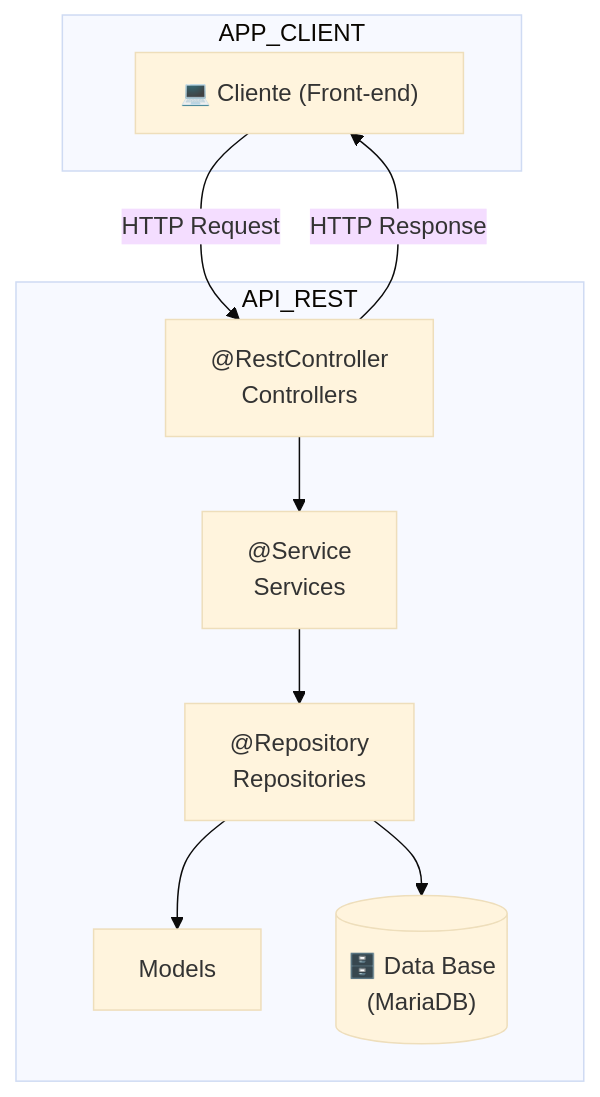
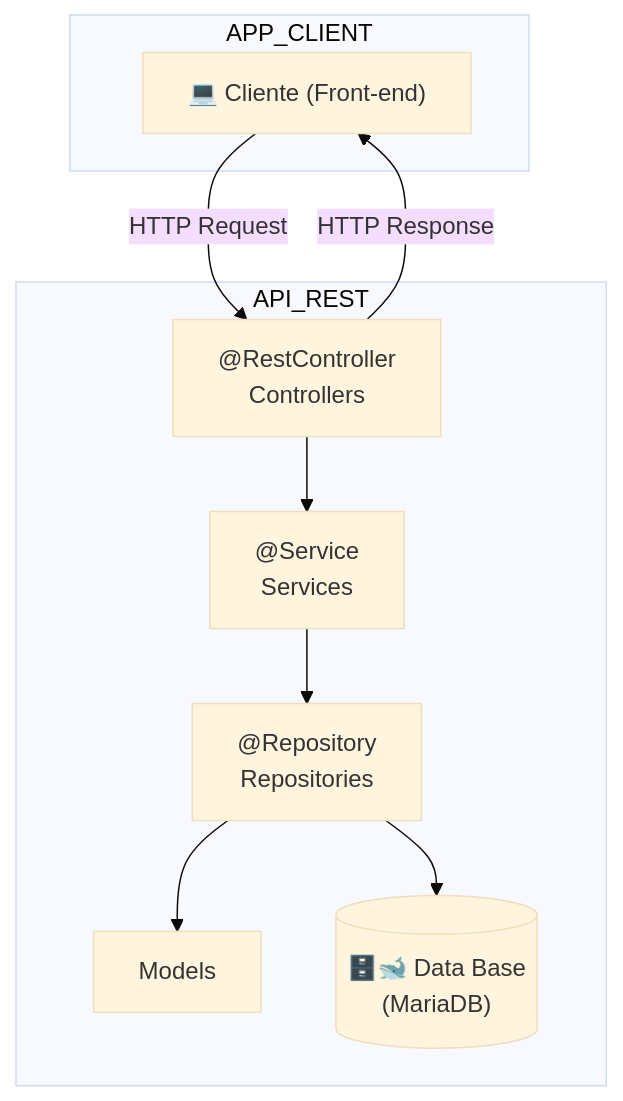
The second of 4 diagrams in README.md (asobrados03/HotelManagementAPI), drawn with Mermaid (base theme) before and after one commit. The commit also changed other lines of this file, not shown here.

````diff
--- a/README.md
+++ b/README.md
@@ -56,25 +56,25 @@
 ```mermaid
 graph TD;
     subgraph APP_CLIENT
         Client["💻 Cliente (Front-end)"]
     end
 
     subgraph API_REST
         Controller["@RestController
         Controllers"]
         Service["@Service
         Services"]
         Repository["@Repository
         Repositories"]
         Model["Models"]
-        DB[("🗄️ Data Base 
+        DB[("🗄️🐋 Data Base 
         (MariaDB)")]
     end
 
     Client -- "HTTP Request" --> Controller
     Controller --> Service
     Service --> Repository
     Repository --> Model
     Repository --> DB
     Controller -- "HTTP Response" --> Client
 ```
````
